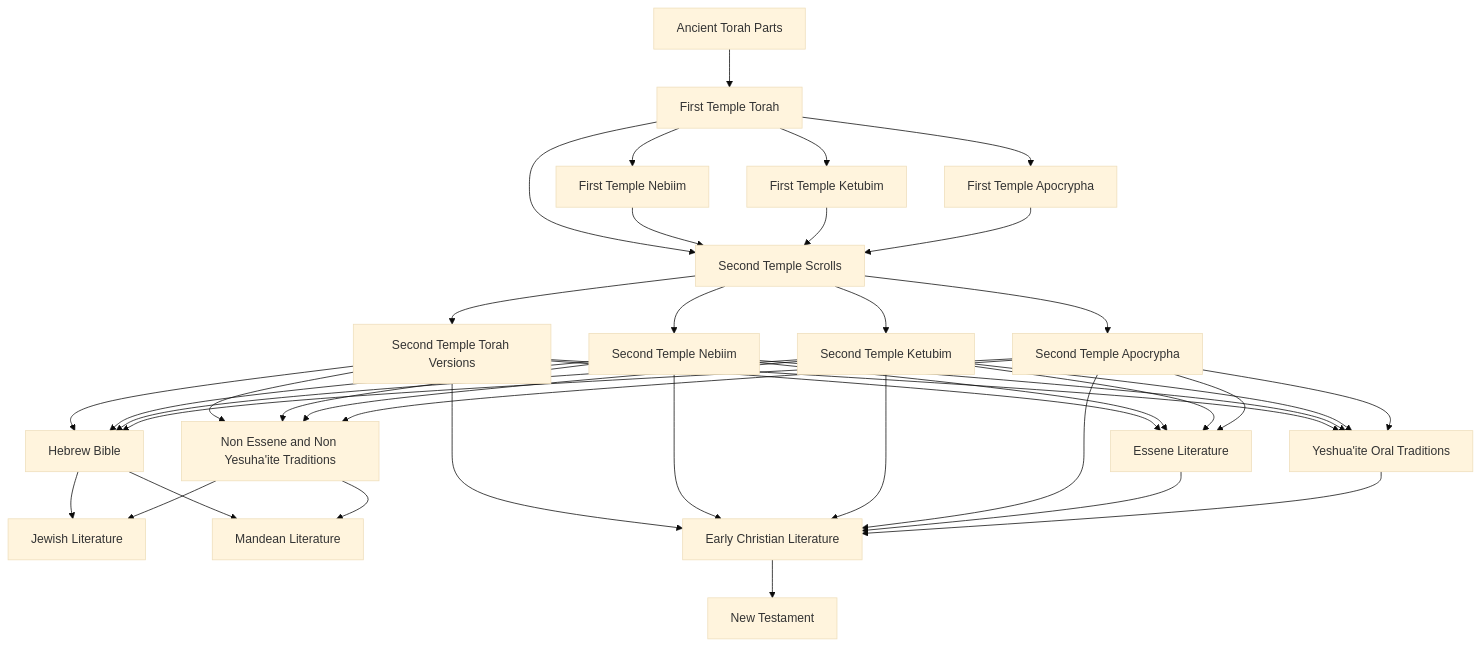
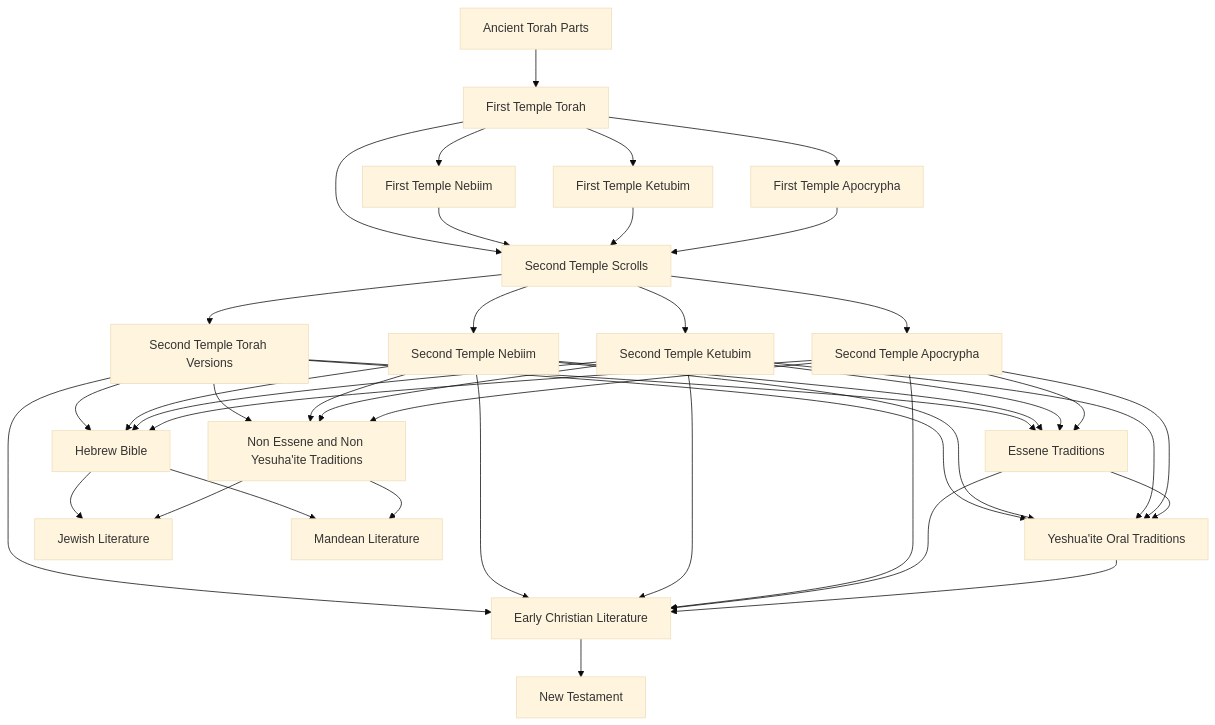
The diagram in judeo_christian_religious_literature.mermaid (bendqh1/mermaid), drawn with Mermaid (base theme) before and after one commit.

```diff
--- a/judeo_christian_religious_literature.mermaid
+++ b/judeo_christian_religious_literature.mermaid
@@ -1,23 +1,23 @@
 flowchart TD
     A1[Ancient Torah Parts]
     A1 --> A2[First Temple Torah]
     A2 --> A3[First Temple Nebiim] 
     A2 --> A4[First Temple Ketubim]
     A2 --> A5[First Temple Apocrypha]
     A2 & A3 & A4 & A5 --> B1[Second Temple Scrolls]
 
     B1 --> B2[Second Temple Torah Versions]
     B1 --> B3[Second Temple Nebiim]
     B1 --> B4[Second Temple Ketubim]
     B1 --> B5[Second Temple Apocrypha]
 
     B2 & B3 & B4 & B5 --> C1[Hebrew Bible]
-    B2 & B3 & B4 & B5 --> C2[Essene Literature]
+    B2 & B3 & B4 & B5 --> C2[Essene Traditions]
     B2 & B3 & B4 & B5 --> C3[Non Essene and Non Yesuha'ite Traditions]
-    B2 & B3 & B4 & B5 --> C4[Yeshua'ite Oral Traditions]
+    B2 & B3 & B4 & B5 & C2 --> C4[Yeshua'ite Oral Traditions]
 
     C1 & C3 --> D1[Jewish Literature]
     C1 & C3 --> D2[Mandean Literature]
     B2 & B3 & B4 & B5 & C2 & C4 --> D3[Early Christian Literature]
 
     D3 --> E1[New Testament]
```
